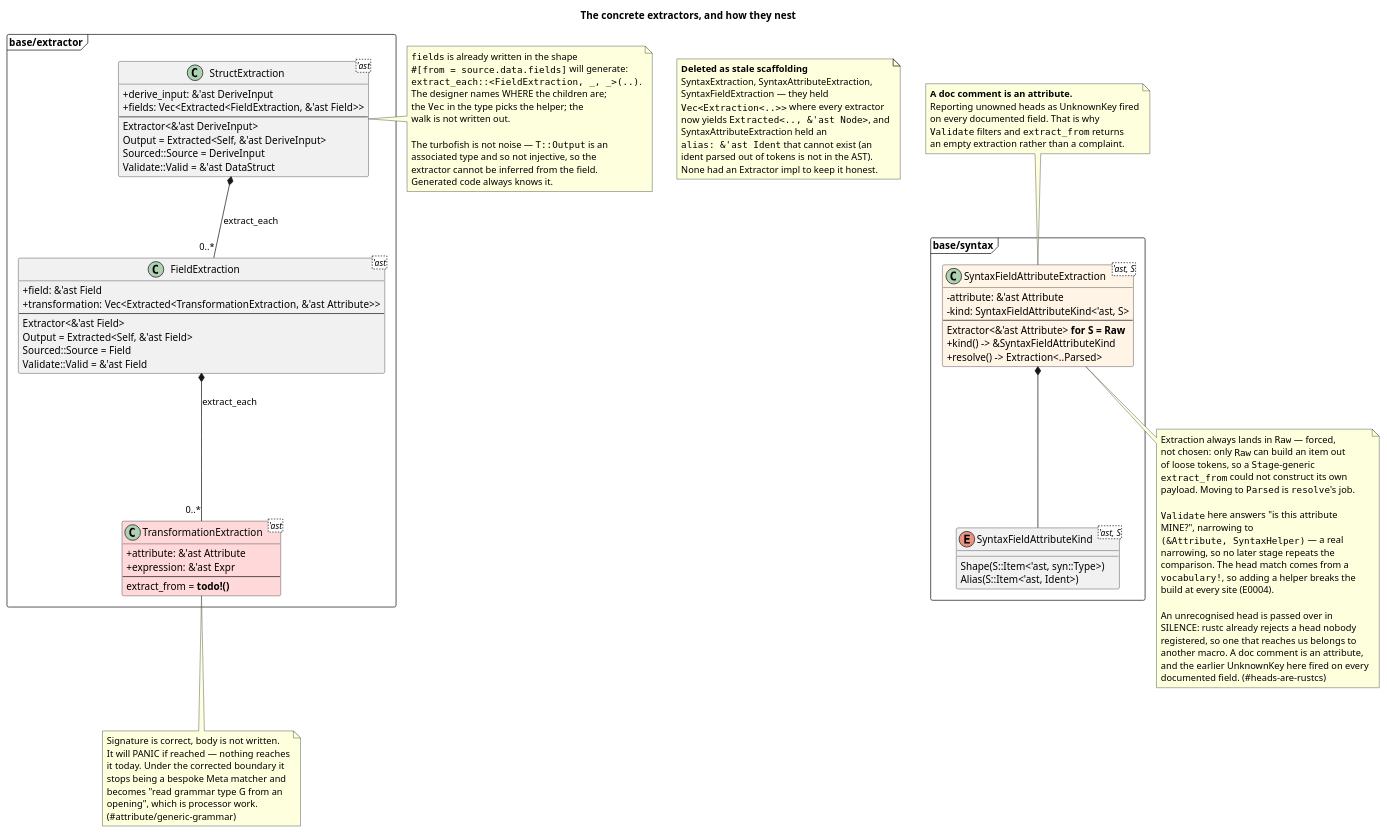
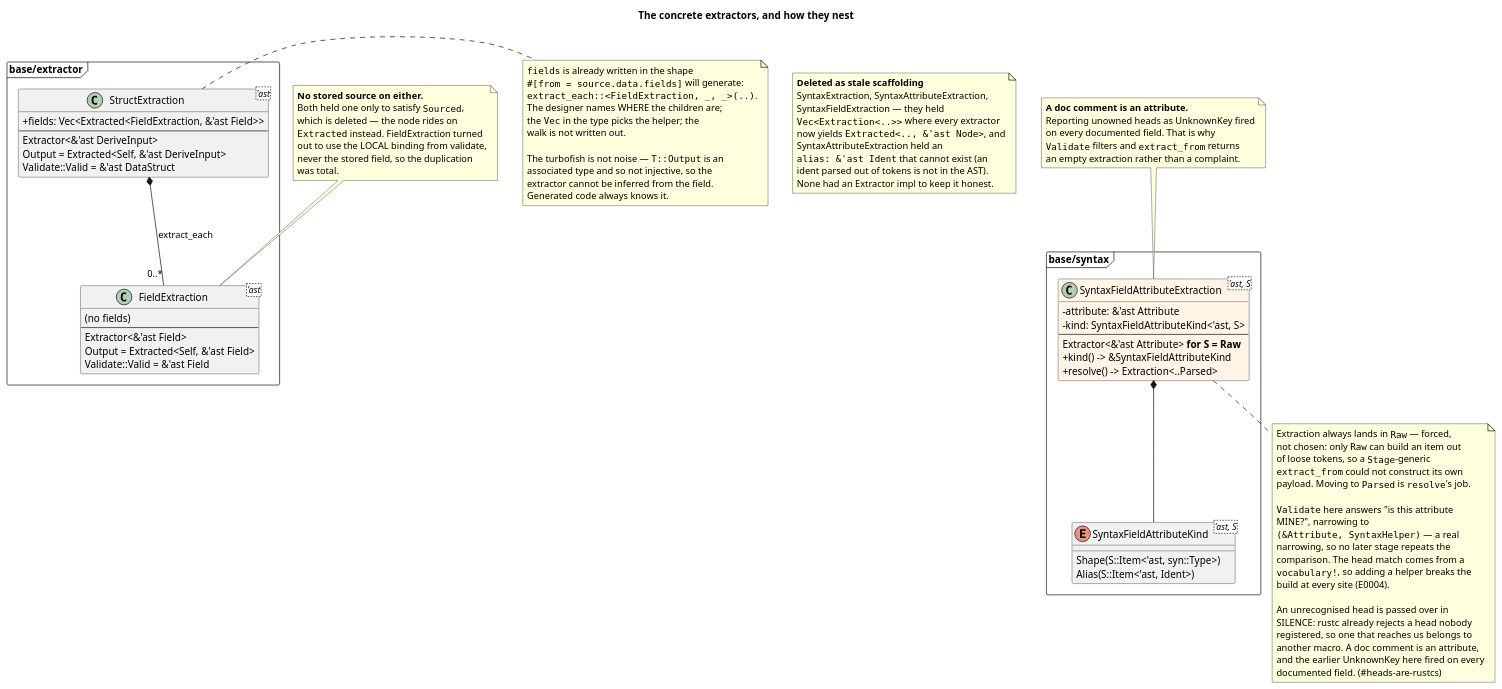
The diagram in docs/design/07-class-extractors.puml (nzuzomagagula/proc-macro-flow), drawn with PlantUML before and after one commit. The commit also changed 6 other files, not shown here.

```diff
--- a/docs/design/07-class-extractors.puml
+++ b/docs/design/07-class-extractors.puml
@@ -1,127 +1,118 @@
 @startuml class-extractors
 title The concrete extractors, and how they nest
 
 skinparam shadowing false
 skinparam classAttributeIconSize 0
 
 package "base/extractor" <<Frame>> {
 
   class "StructExtraction<'ast>" as Struct {
-    +derive_input: &'ast DeriveInput
     +fields: Vec<Extracted<FieldExtraction, &'ast Field>>
     --
     Extractor<&'ast DeriveInput>
     Output = Extracted<Self, &'ast DeriveInput>
-    Sourced::Source = DeriveInput
     Validate::Valid = &'ast DataStruct
   }
 
   class "FieldExtraction<'ast>" as Field {
-    +field: &'ast Field
-    +transformation: Vec<Extracted<TransformationExtraction, &'ast Attribute>>
+    (no fields)
     --
     Extractor<&'ast Field>
     Output = Extracted<Self, &'ast Field>
-    Sourced::Source = Field
     Validate::Valid = &'ast Field
   }
 
-  class "TransformationExtraction<'ast>" as Transform #FFD9D9 {
-    +attribute: &'ast Attribute
-    +expression: &'ast Expr
-    --
-    extract_from = **todo!()**
-  }
 }
 
 package "base/syntax" <<Frame>> {
 
   class "SyntaxFieldAttributeExtraction<'ast, S>" as Syntax #FFF4E5 {
     -attribute: &'ast Attribute
     -kind: SyntaxFieldAttributeKind<'ast, S>
     --
     Extractor<&'ast Attribute> **for S = Raw**
     +kind() -> &SyntaxFieldAttributeKind
     +resolve() -> Extraction<..Parsed>
   }
 
   enum "SyntaxFieldAttributeKind<'ast, S>" as Kind {
     Shape(S::Item<'ast, syn::Type>)
     Alias(S::Item<'ast, Ident>)
   }
 }
 
 Struct *-- "0..*" Field : extract_each
-Field *-- "0..*" Transform : extract_each
 Syntax *-- Kind
+
+note as Deleted2
+  **No stored source on either.**
+  Both held one only to satisfy ""Sourced"",
+  which is deleted — the node rides on
+  ""Extracted"" instead. FieldExtraction turned
+  out to use the LOCAL binding from validate,
+  never the stored field, so the duplication
+  was total.
+end note
+
+Deleted2 .. Field
 
 note right of Struct
   ""fields"" is already written in the shape
   ""#[from = source.data.fields]"" will generate:
   ""extract_each::<FieldExtraction, _, _>(..)"".
   The designer names WHERE the children are;
   the ""Vec"" in the type picks the helper; the
   walk is not written out.
 
   The turbofish is not noise — ""T::Output"" is an
   associated type and so not injective, so the
   extractor cannot be inferred from the field.
   Generated code always knows it.
 end note
 
 note as Deleted
   **Deleted as stale scaffolding**
   SyntaxExtraction, SyntaxAttributeExtraction,
   SyntaxFieldExtraction — they held
   ""Vec<Extraction<..>>"" where every extractor
   now yields ""Extracted<.., &'ast Node>"", and
   SyntaxAttributeExtraction held an
   ""alias: &'ast Ident"" that cannot exist (an
   ident parsed out of tokens is not in the AST).
   None had an Extractor impl to keep it honest.
-end note
-
-note bottom of Transform
-  Signature is correct, body is not written.
-  It will PANIC if reached — nothing reaches
-  it today. Under the corrected boundary it
-  stops being a bespoke Meta matcher and
-  becomes "read grammar type G from an
-  opening", which is processor work.
-  (#attribute/generic-grammar)
 end note
 
 note bottom of Syntax
   Extraction always lands in ""Raw"" — forced,
   not chosen: only ""Raw"" can build an item out
   of loose tokens, so a ""Stage""-generic
   ""extract_from"" could not construct its own
   payload. Moving to ""Parsed"" is ""resolve""'s job.
 
   ""Validate"" here answers "is this attribute
   MINE?", narrowing to
   ""(&Attribute, SyntaxHelper)"" — a real
   narrowing, so no later stage repeats the
   comparison. The head match comes from a
   ""vocabulary!"", so adding a helper breaks the
   build at every site (E0004).
 
   An unrecognised head is passed over in
   SILENCE: rustc already rejects a head nobody
   registered, so one that reaches us belongs to
   another macro. A doc comment is an attribute,
   and the earlier UnknownKey here fired on every
   documented field. (#heads-are-rustcs)
 end note
 
 note as Foreign
   **A doc comment is an attribute.**
   Reporting unowned heads as UnknownKey fired
   on every documented field. That is why
   ""Validate"" filters and ""extract_from"" returns
   an empty extraction rather than a complaint.
 end note
 
 Foreign .. Syntax
 
 @enduml
```
